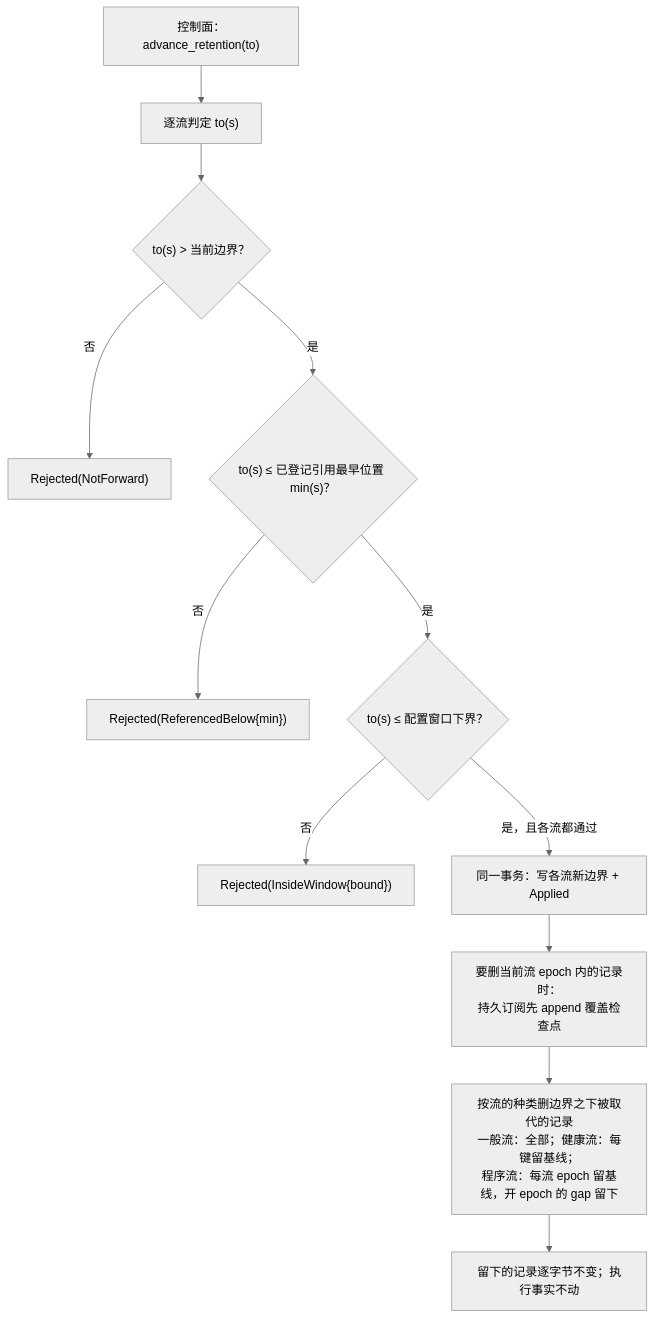
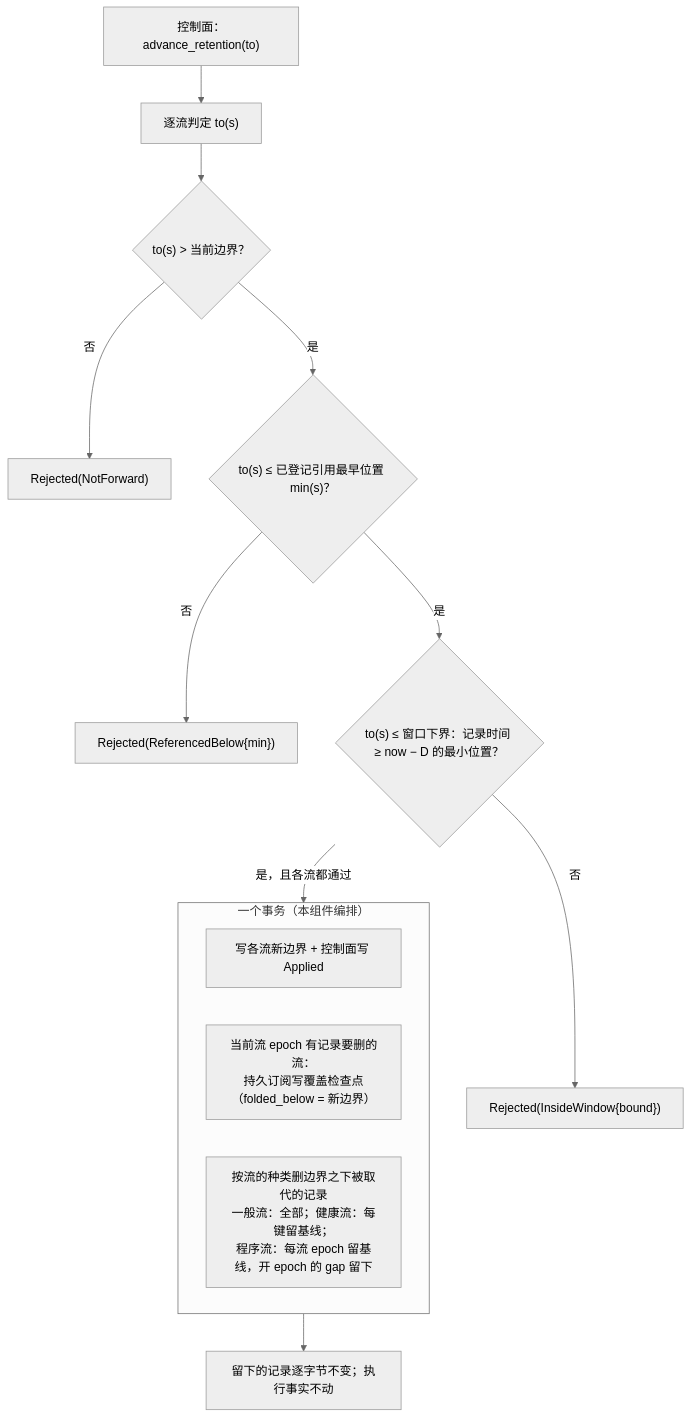
Before and after one commit to mouriya-s-lab/uta: the first of 2 diagrams in design/core/core-process/observation-journal.md, drawn with Mermaid (neutral theme). The commit also changed other lines of this file and 15 other files, not shown here.

````diff
--- a/design/core/core-process/observation-journal.md
+++ b/design/core/core-process/observation-journal.md
@@ -210,14 +220,17 @@
 ```mermaid
 flowchart TB
   OP["控制面：advance_retention(to)"] --> EACH["逐流判定 to(s)"]
   EACH --> MONO{"to(s) > 当前边界？"}
   MONO -->|否| NF["Rejected(NotForward)"]
   MONO -->|是| MIN{"to(s) ≤ 已登记引用最早位置 min(s)？"}
   MIN -->|否| RB["Rejected(ReferencedBelow{min})"]
-  MIN -->|是| WIN{"to(s) ≤ 配置窗口下界？"}
+  MIN -->|是| WIN{"to(s) ≤ 窗口下界：记录时间 ≥ now − D 的最小位置？"}
   WIN -->|否| IW["Rejected(InsideWindow{bound})"]
-  WIN -->|"是，且各流都通过"| APPLY["同一事务：写各流新边界 + Applied"]
-  APPLY --> CK["要删当前流 epoch 内的记录时：<br/>持久订阅先 append 覆盖检查点"]
-  CK --> DEL["按流的种类删边界之下被取代的记录<br/>一般流：全部；健康流：每键留基线；<br/>程序流：每流 epoch 留基线，开 epoch 的 gap 留下"]
-  DEL --> DONE["留下的记录逐字节不变；执行事实不动"]
+  WIN -->|"是，且各流都通过"| TX
+  subgraph TX["一个事务（本组件编排）"]
+    APPLY["写各流新边界 + 控制面写 Applied"]
+    CK["当前流 epoch 有记录要删的流：<br/>持久订阅写覆盖检查点（folded_below = 新边界）"]
+    DEL["按流的种类删边界之下被取代的记录<br/>一般流：全部；健康流：每键留基线；<br/>程序流：每流 epoch 留基线，开 epoch 的 gap 留下"]
+  end
+  TX --> DONE["留下的记录逐字节不变；执行事实不动"]
 ```
````
